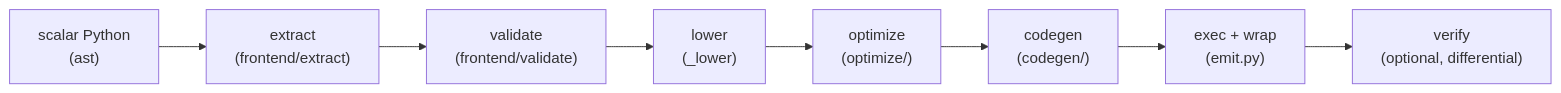
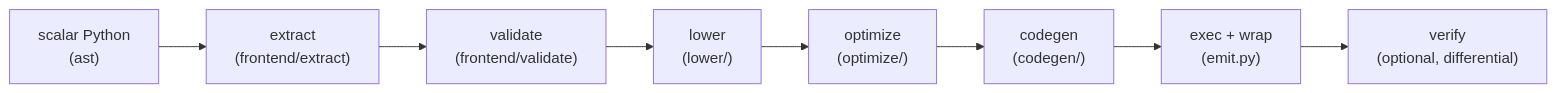
Before and after one commit to grAItools/array-vectorize: the diagram in docs/architecture.md, drawn with Mermaid. The commit also changed 12 other files, not shown here.

````diff
--- a/docs/architecture.md
+++ b/docs/architecture.md
@@ -6,10 +6,10 @@
 ```mermaid
 flowchart LR
     A["scalar Python\n(ast)"] --> B["extract\n(frontend/extract)"]
     B --> C["validate\n(frontend/validate)"]
-    C --> D["lower\n(_lower)"]
+    C --> D["lower\n(lower/)"]
     D --> E["optimize\n(optimize/)"]
     E --> F["codegen\n(codegen/)"]
     F --> G["exec + wrap\n(emit.py)"]
     G --> H["verify\n(optional, differential)"]
 ```
````
